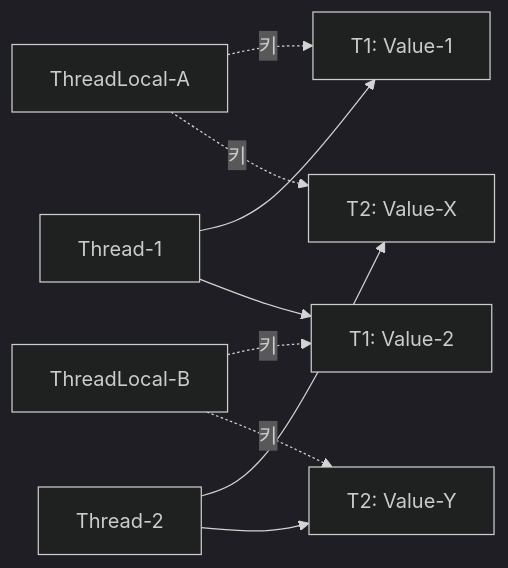
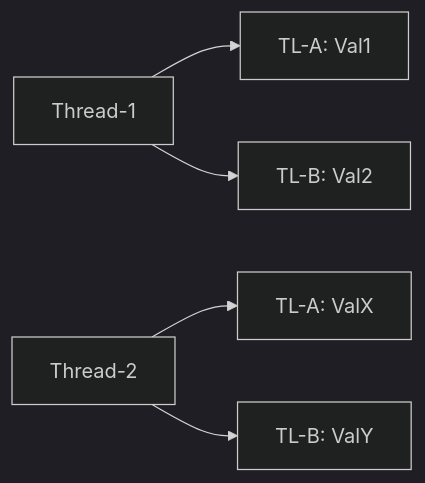
Before and after one commit to yjkim2015/yjkim2015.github.io: the second of 5 diagrams in _posts/java/2026-05-01-java-threadlocal.md, drawn with Mermaid (dark theme). The commit also changed 163 other files, not shown here.

First line of the commit message:
Mermaid 300개 블록 내용 축소: 5노드 5엣지 이하, 의미 있는 약어

````diff
--- a/_posts/java/2026-05-01-java-threadlocal.md
+++ b/_posts/java/2026-05-01-java-threadlocal.md
@@ -98,11 +98,7 @@
 ```mermaid
 graph LR
-    TLA["ThreadLocal-A"] -.->|키| E1A["T1: Value-1"]
-    TLA -.->|키| E2A["T2: Value-X"]
-    TLB["ThreadLocal-B"] -.->|키| E1B["T1: Value-2"]
-    TLB -.->|키| E2B["T2: Value-Y"]
-    T1["Thread-1"] --> E1A
-    T1 --> E1B
-    T2["Thread-2"] --> E2A
-    T2 --> E2B
+    T1["Thread-1"] --> E1A["TL-A: Val1"]
+    T1 --> E1B["TL-B: Val2"]
+    T2["Thread-2"] --> E2A["TL-A: ValX"]
+    T2 --> E2B["TL-B: ValY"]
 ```
````
